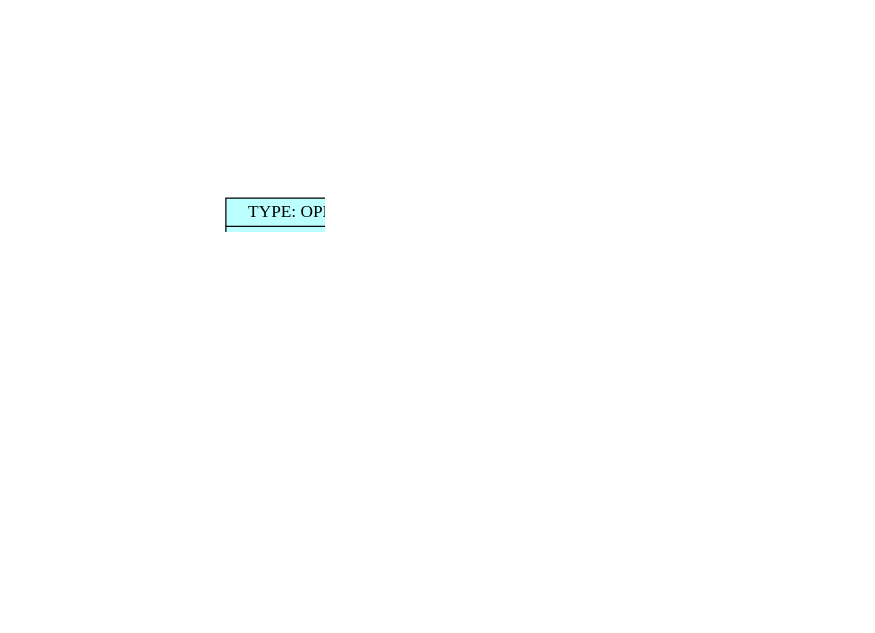
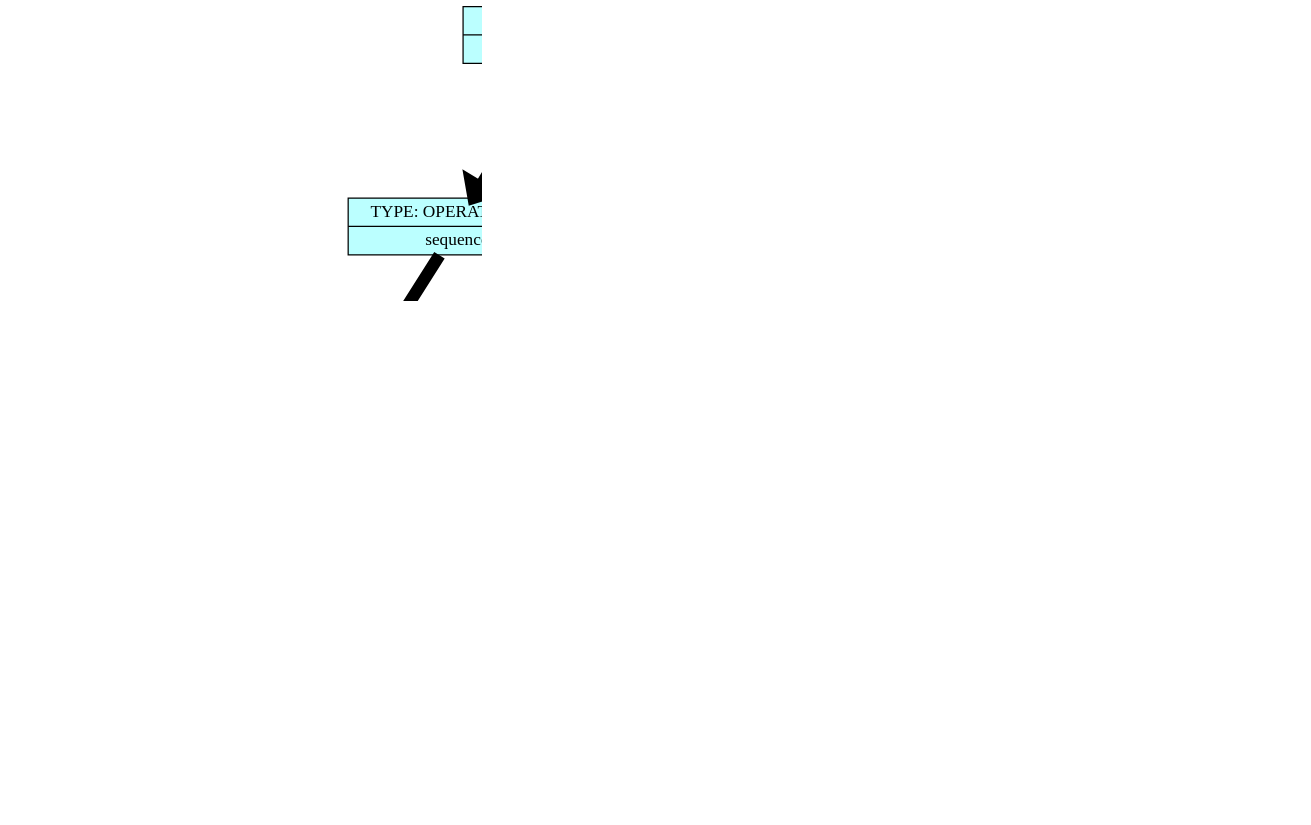
One commit to Troll0ton/Trollanguage changed the diagram in backend/dump/list_graph.dot. Above: the diagram before and after it, drawn with Graphviz. The commit also changed 24 other files, not shown here.

```diff
--- a/backend/dump/list_graph.dot
+++ b/backend/dump/list_graph.dot
@@ -1,32 +1,50 @@
 digraph structs {    
 rankdir = TB;        
 graph [dpi = 200];   
 ranksep = 1.5;       
 edge[penwidth = 10]; 
 cell0 [style = filled, color = black, shape=record, 
-fillcolor = paleturquoise1, label = " { <ptr> TYPE: OPERATION (0) | seq} " ];                         
+fillcolor = paleturquoise1, label = " { <ptr> TYPE: OPERATION (0) | sequence} " ];                         
 cell1 [style = filled, color = black, shape=record, 
-fillcolor = paleturquoise1, label = " { <ptr> TYPE: OPERATION (0) | pop} " ];                         
+fillcolor = paleturquoise1, label = " { <ptr> TYPE: OPERATION (0) | sequence} " ];                         
 cell2 [style = filled, color = black, shape=record, 
+fillcolor = paleturquoise1, label = " { <ptr> TYPE: OPERATION (0) | assignment} " ];                         
+cell3 [style = filled, color = black, shape=record, 
 fillcolor = darkolivegreen2, label = " { <ptr> TYPE: VARIABLE (0) | x} " ];                         
-cell3 [style = filled, color = black, shape=record, 
+cell4 [style = filled, color = black, shape=record, 
 fillcolor = paleturquoise1, label = " { <ptr> TYPE: OPERATION (0) | sub} " ];                         
-cell4 [style = filled, color = black, shape=record, 
+cell5 [style = filled, color = black, shape=record, 
 fillcolor = coral2, label = " { <ptr> TYPE: NUMERIC (0) | 300} " ];                         
-cell5 [style = filled, color = black, shape=record, 
+cell6 [style = filled, color = black, shape=record, 
 fillcolor = coral2, label = " { <ptr> TYPE: NUMERIC (0) | 100} " ];                         
-cell6 [style = filled, color = black, shape=record, 
-fillcolor = paleturquoise1, label = " { <ptr> TYPE: OPERATION (0) | add} " ];                         
 cell7 [style = filled, color = black, shape=record, 
+fillcolor = paleturquoise1, label = " { <ptr> TYPE: OPERATION (0) | if} " ];                         
+cell8 [style = filled, color = black, shape=record, 
+fillcolor = paleturquoise1, label = " { <ptr> TYPE: OPERATION (0) | sub} " ];                         
+cell9 [style = filled, color = black, shape=record, 
 fillcolor = darkolivegreen2, label = " { <ptr> TYPE: VARIABLE (0) | x} " ];                         
-cell8 [style = filled, color = black, shape=record, 
-fillcolor = coral2, label = " { <ptr> TYPE: NUMERIC (0) | 50} " ];                         
+cell10 [style = filled, color = black, shape=record, 
+fillcolor = coral2, label = " { <ptr> TYPE: NUMERIC (0) | 200} " ];                         
+cell11 [style = filled, color = black, shape=record, 
+fillcolor = paleturquoise1, label = " { <ptr> TYPE: OPERATION (0) | assignment} " ];                         
+cell12 [style = filled, color = black, shape=record, 
+fillcolor = darkolivegreen2, label = " { <ptr> TYPE: VARIABLE (0) | y} " ];                         
+cell13 [style = filled, color = black, shape=record, 
+fillcolor = coral2, label = " { <ptr> TYPE: NUMERIC (0) | 159} " ];                         
+cell14 [style = filled, color = black, shape=record, 
+fillcolor = darkolivegreen2, label = " { <ptr> TYPE: VARIABLE (0) | y} " ];                         
 cell0 -> cell1;
 cell1 -> cell2;
-cell1 -> cell3;
-cell3 -> cell4;
-cell3 -> cell5;
-cell0 -> cell6;
-cell6 -> cell7;
-cell6 -> cell8;
+cell2 -> cell3;
+cell2 -> cell4;
+cell4 -> cell5;
+cell4 -> cell6;
+cell1 -> cell7;
+cell7 -> cell8;
+cell8 -> cell9;
+cell8 -> cell10;
+cell7 -> cell11;
+cell11 -> cell12;
+cell11 -> cell13;
+cell0 -> cell14;
 }
```
